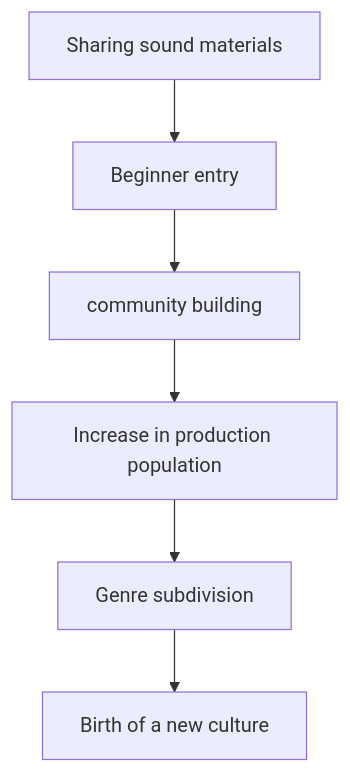
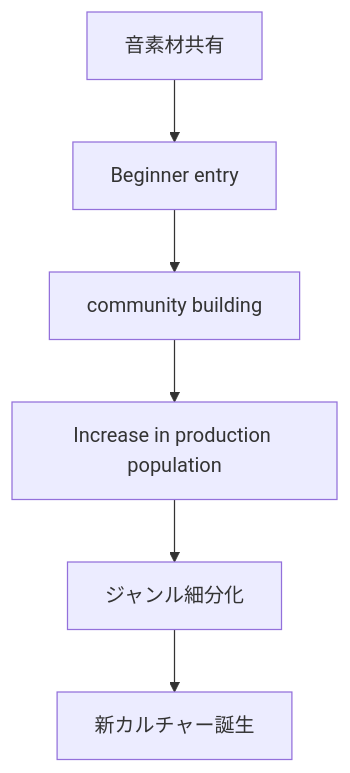
Before and after one commit to monumental-movement/monumental-movement.github.io: the fourth of 8 diagrams in en/_posts/2026-05-24-column-free-sample-music.md, drawn with Mermaid. The commit also changed other lines of this file and 2196 other files, not shown here.

```diff
--- a/en/_posts/2026-05-24-column-free-sample-music.md
+++ b/en/_posts/2026-05-24-column-free-sample-music.md
@@ -264,8 +263,8 @@
 <div class="mermaid">
 graph TD
-A[Sharing sound materials] --> B[Beginner entry]
+A[音素材共有] --> B[Beginner entry]
 B --> C[community building]
 C --> D[Increase in production population]
-D --> E[Genre subdivision]
-E --> F[Birth of a new culture]
+D --> E[ジャンル細分化]
+E --> F[新カルチャー誕生]
 </div>
```
